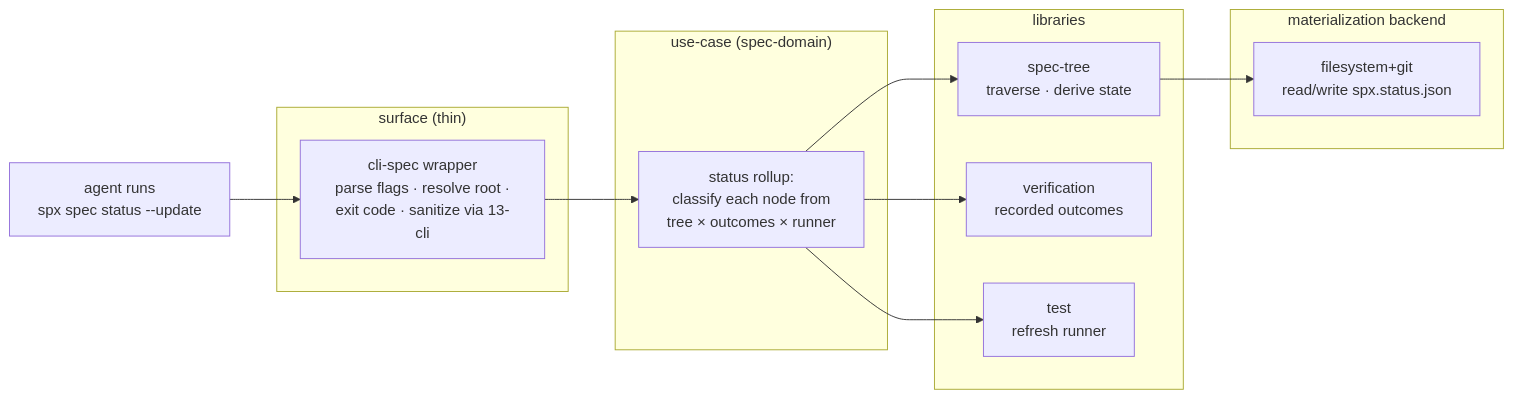
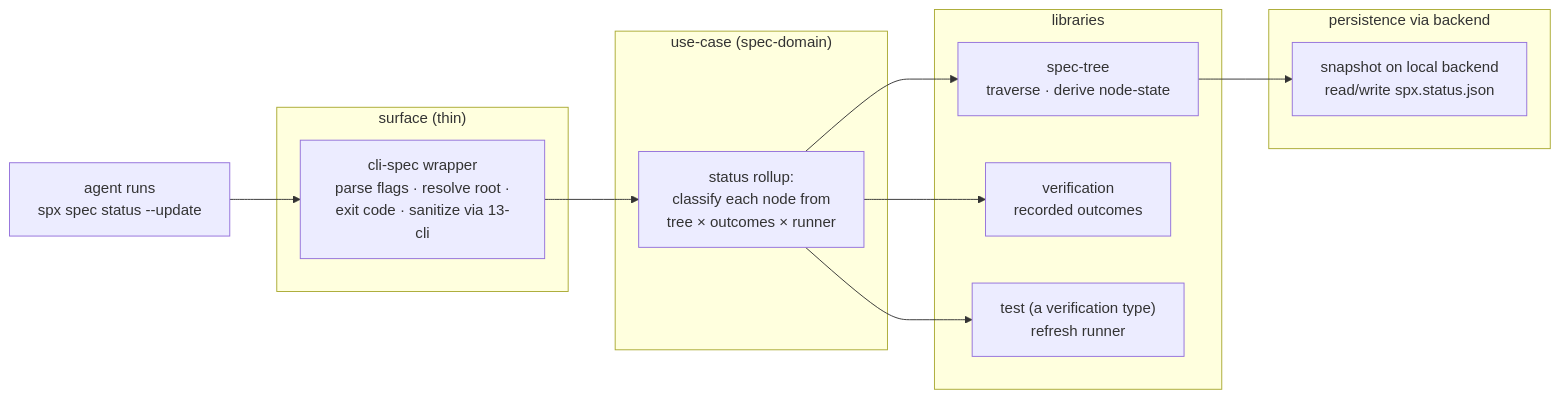
Before and after one commit to outcomeeng/spx: the second of 2 diagrams in spx/PLAN.md, drawn with Mermaid. The commit also changed other lines of this file and 18 other files, not shown here.

First line of the commit message:
docs(spec-tree): recast restructuring plan on orthogonal layers

````diff
--- a/spx/PLAN.md
+++ b/spx/PLAN.md
@@ -70,23 +93,23 @@
 ```mermaid
 flowchart LR
   U["agent runs<br/>spx spec status --update"] --> W
   subgraph S["surface (thin)"]
     W["cli-spec wrapper<br/>parse flags · resolve root ·<br/>exit code · sanitize via 13-cli"]
   end
   subgraph UC["use-case (spec-domain)"]
     R["status rollup:<br/>classify each node from<br/>tree × outcomes × runner"]
   end
   subgraph L["libraries"]
-    STL["spec-tree<br/>traverse · derive state"]
+    STL["spec-tree<br/>traverse · derive node-state"]
     VERL["verification<br/>recorded outcomes"]
-    TSTL["test<br/>refresh runner"]
+    TSTL["test (a verification type)<br/>refresh runner"]
   end
-  subgraph B["materialization backend"]
-    FSL["filesystem+git<br/>read/write spx.status.json"]
+  subgraph B["persistence via backend"]
+    FSL["snapshot on local backend<br/>read/write spx.status.json"]
   end
   W --> R
   R --> STL
   R --> VERL
   R --> TSTL
   STL --> FSL
 ```
````
